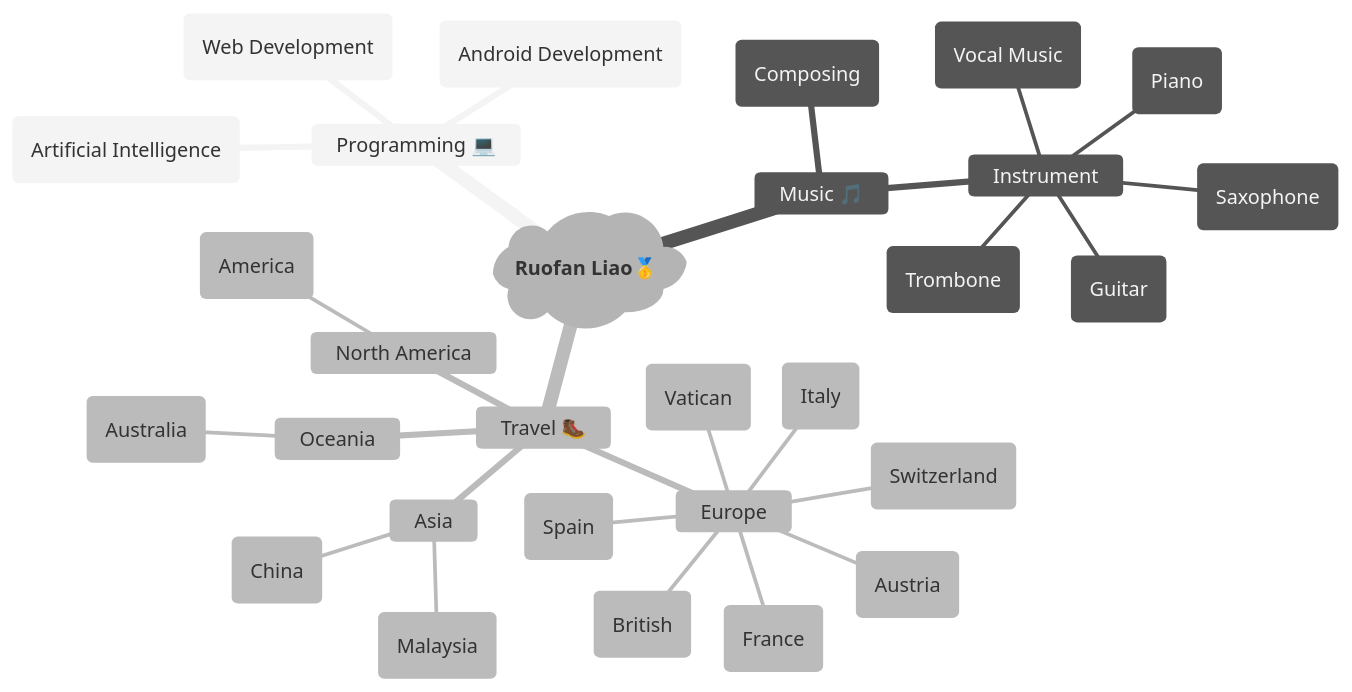
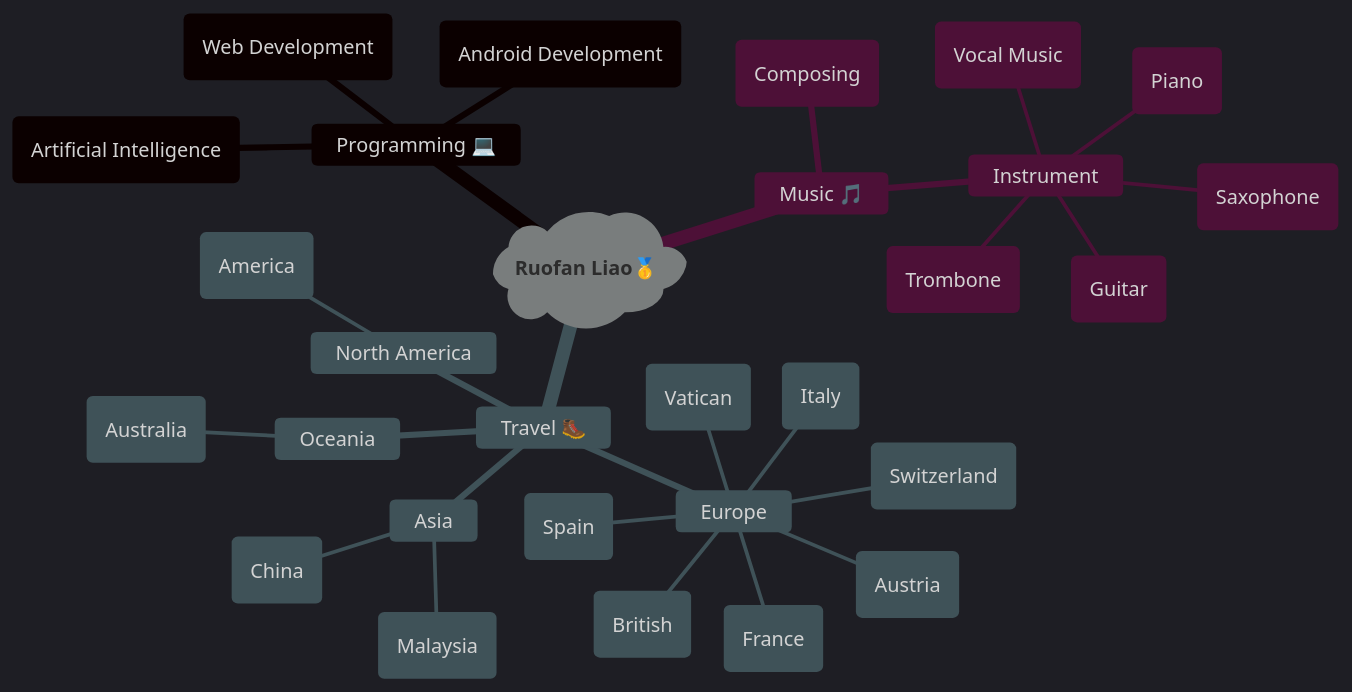
One commit to LLLLLrf/LLLLLrf changed the diagram in README.md. Above: the diagram before and after it, drawn with Mermaid.

````diff
--- a/README.md
+++ b/README.md
@@ -138,34 +138,34 @@
 ```mermaid
-%%{init: {'theme': 'neutral'}}%%
+%%{init: {'theme': 'dark'}}%%
 
 mindmap
   root)**Ruofan Liao**🥇(
     Programming 💻
       (Web Development)
       (Android Development)
       (Artificial Intelligence)
     Music 🎵
       (Composing)
       Instrument
         (Trombone)
         (Saxophone)
         (Guitar)
         (Piano)
         (Vocal Music)
     Travel 🥾
       Europe
          (British)
          (France)
          (Vatican)
          (Italy)
          (Switzerland)
          (Austria)
          (Spain)
       North America
          (America)
       Oceania
          (Australia)
       Asia
          (Malaysia)
          (China)
 ```
````
